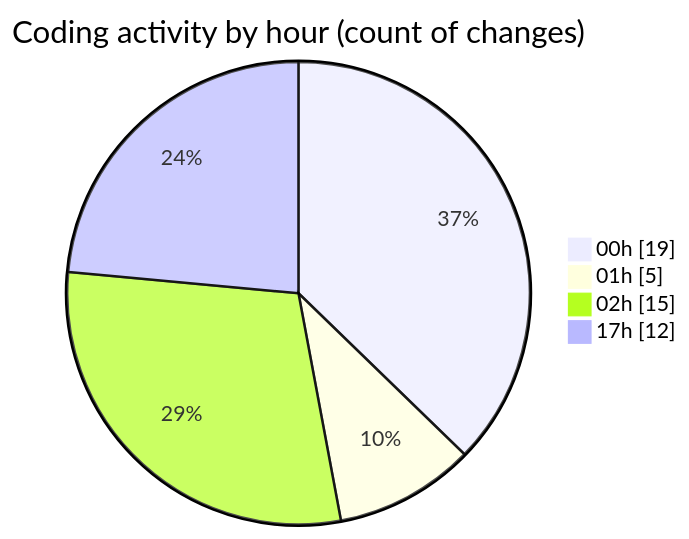
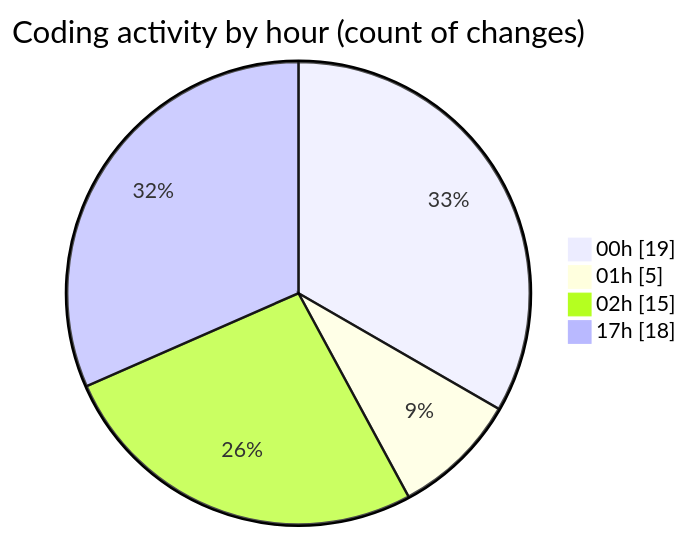
One commit to Elitesun/code-tracking changed the second of 2 diagrams in 2025-02-14/elitegpt/README.md. Above: the diagram before and after it, drawn with Mermaid. The commit also changed other lines of this file and 1 other file, not shown here.

````diff
--- a/2025-02-14/elitegpt/README.md
+++ b/2025-02-14/elitegpt/README.md
@@ -41,8 +42,8 @@
 ```mermaid
 pie showData
 title Coding activity by hour (count of changes)
 "00h" : 19
 "01h" : 5
 "02h" : 15
-"17h" : 12
+"17h" : 18
 ```
````
